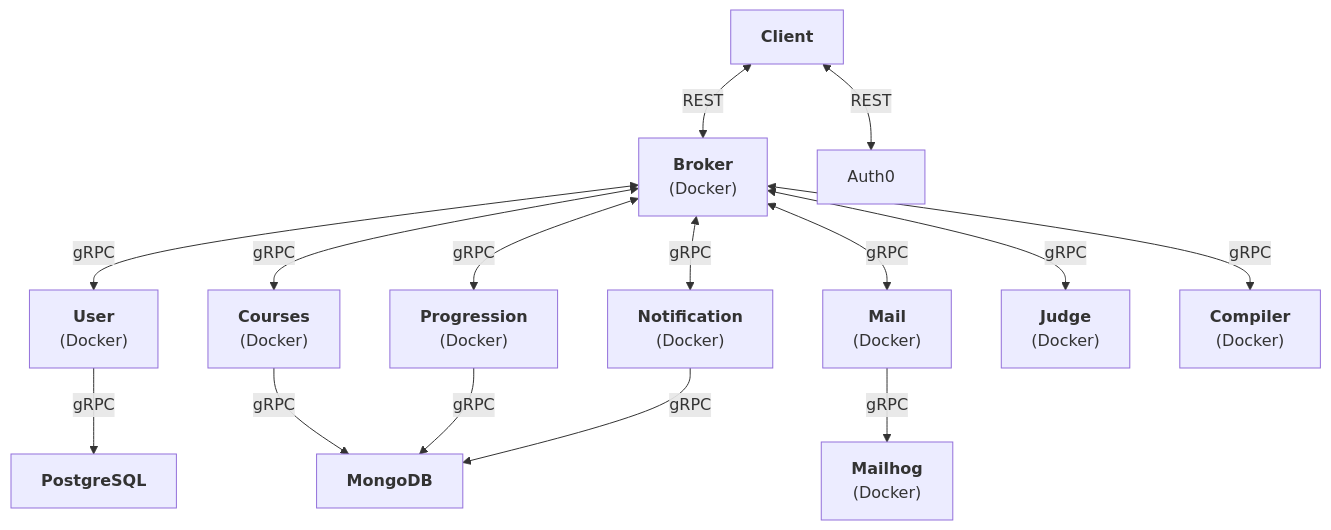
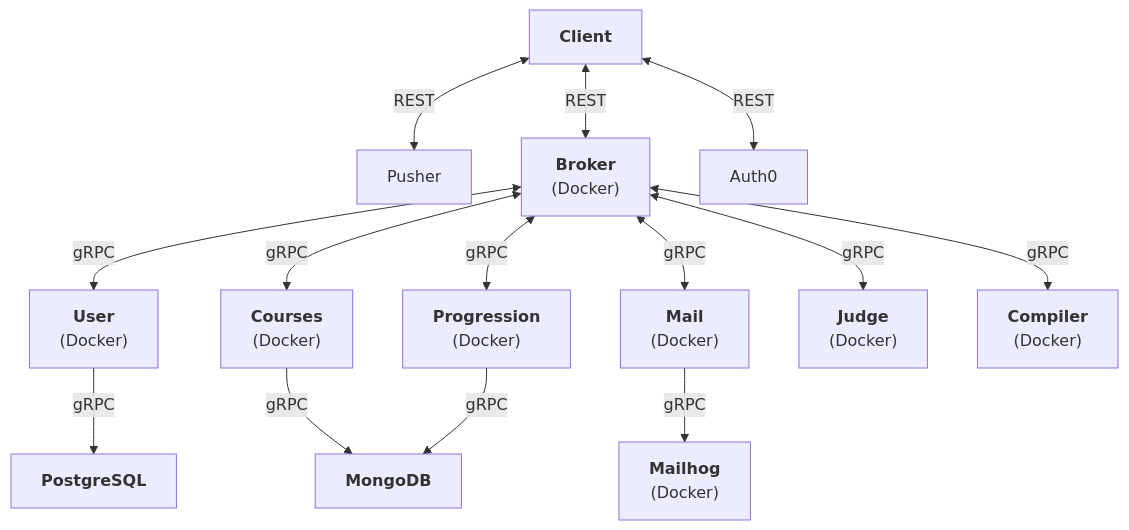
The diagram in README.md (abyanmajid/picco), drawn with Mermaid before and after one commit. The commit also changed other lines of this file, not shown here.

````diff
--- a/README.md
+++ b/README.md
@@ -23,17 +23,16 @@
 ```mermaid
 graph TD
+    Client <--> |REST| Pusher
     Client["<b>Client</b>"] <-->|REST| Broker["<b>Broker</b><br>(Docker)"]
     Client <--> |REST| Auth0
     Broker <-->|gRPC| User["<b>User</b><br>(Docker)"]
     Broker <-->|gRPC| Courses["<b>Courses</b><br>(Docker)"]
     Broker <-->|gRPC| Progression["<b>Progression</b><br>(Docker)"]
-    Broker <-->|gRPC| Notification["<b>Notification</b><br>(Docker)"]
     Broker <-->|gRPC| Mail["<b>Mail</b><br>(Docker)"]
     Broker <-->|gRPC| Judge["<b>Judge</b><br>(Docker)"]
     Broker <-->|gRPC| Compiler["<b>Compiler</b><br>(Docker)"]
     User -->|gRPC| PostgreSQL["<b>PostgreSQL</b>"]
     Courses --> |gRPC| MongoDB["<b>MongoDB</b>"]
     Progression --> |gRPC| MongoDB["<b>MongoDB</b>"]
-    Notification -->|gRPC| MongoDB["<b>MongoDB</b>"]
     Mail -->|gRPC| Mailhog["<b>Mailhog</b><br>(Docker)"]
 ```
````
